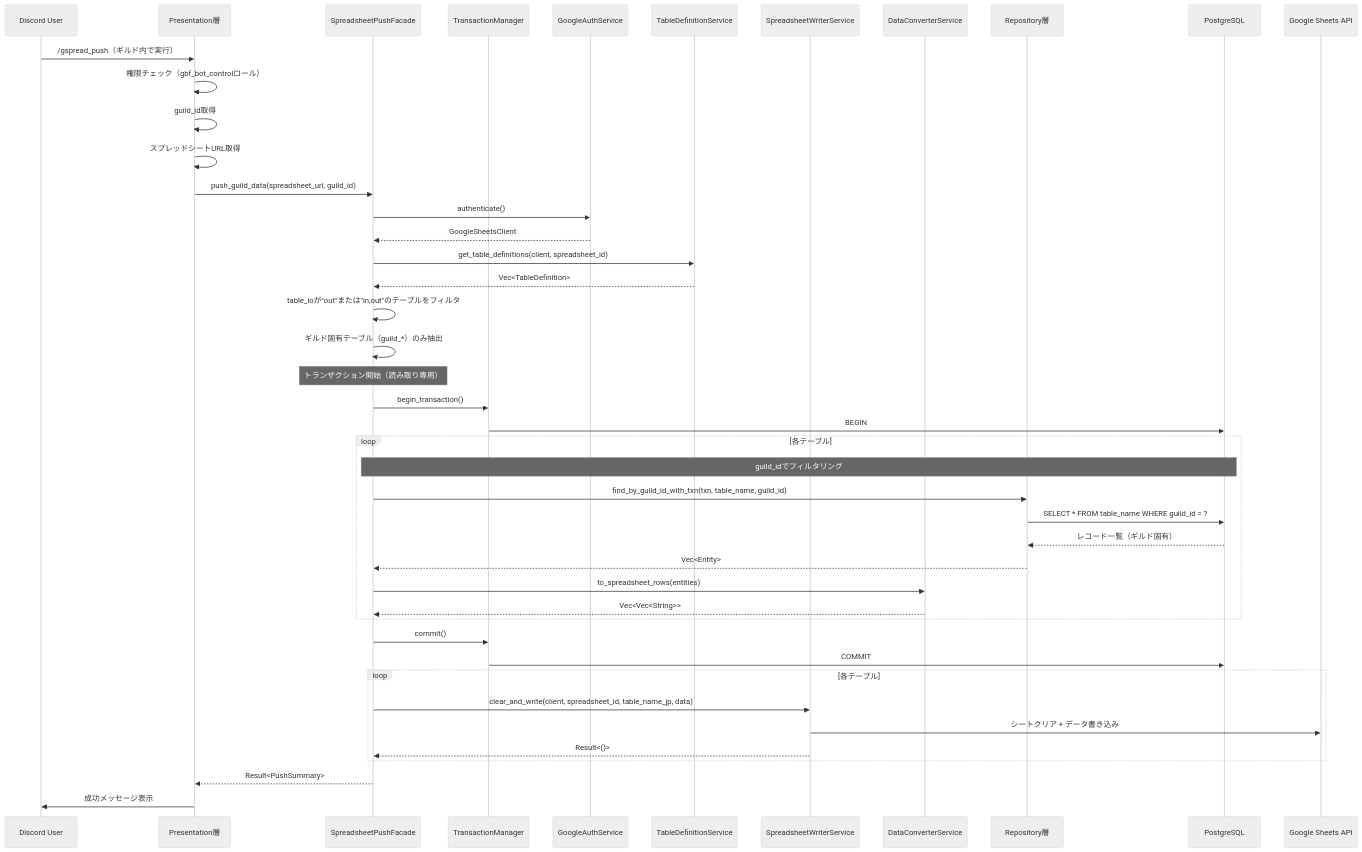
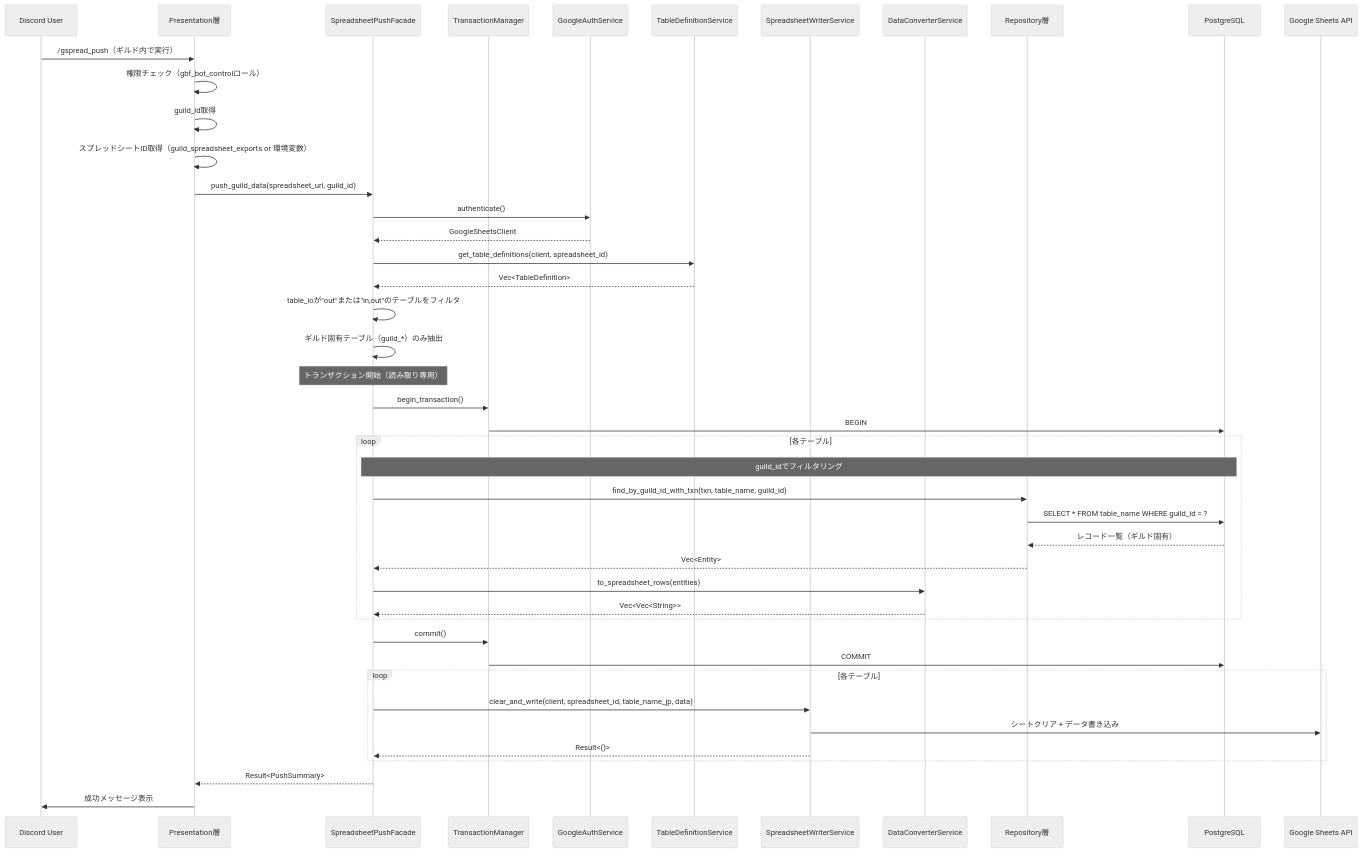
Before and after one commit to varubogu/gbf_discord_bot_rs: the fourth of 5 diagrams in docs/develop/architecture/spreadsheet/data_flow.md, drawn with Mermaid (neutral theme). The commit also changed other lines of this file and 5 other files, not shown here.

````diff
--- a/docs/develop/architecture/spreadsheet/data_flow.md
+++ b/docs/develop/architecture/spreadsheet/data_flow.md
@@ -480,56 +481,56 @@
 ```mermaid
 sequenceDiagram
     participant User as Discord User
     participant Event as Presentation層
     participant Facade as SpreadsheetPushFacade
     participant TxManager as TransactionManager
     participant AuthSvc as GoogleAuthService
     participant TableDefSvc as TableDefinitionService
     participant WriterSvc as SpreadsheetWriterService
     participant ConverterSvc as DataConverterService
     participant Repo as Repository層
     participant DB as PostgreSQL
     participant GSheetsAPI as Google Sheets API
 
     User->>Event: /gspread_push（ギルド内で実行）
     Event->>Event: 権限チェック（gbf_bot_controlロール）
     Event->>Event: guild_id取得
-    Event->>Event: スプレッドシートURL取得
+    Event->>Event: スプレッドシートID取得（guild_spreadsheet_exports or 環境変数）
     Event->>Facade: push_guild_data(spreadsheet_url, guild_id)
 
     Facade->>AuthSvc: authenticate()
     AuthSvc-->>Facade: GoogleSheetsClient
 
     Facade->>TableDefSvc: get_table_definitions(client, spreadsheet_id)
     TableDefSvc-->>Facade: Vec<TableDefinition>
 
     Facade->>Facade: table_ioが"out"または"in,out"のテーブルをフィルタ
     Facade->>Facade: ギルド固有テーブル（guild_*）のみ抽出
 
     Note over Facade: トランザクション開始（読み取り専用）
     Facade->>TxManager: begin_transaction()
     TxManager->>DB: BEGIN
 
     loop 各テーブル
         Note over Facade,DB: guild_idでフィルタリング
         Facade->>Repo: find_by_guild_id_with_txn(txn, table_name, guild_id)
         Repo->>DB: SELECT * FROM table_name WHERE guild_id = ?
         DB-->>Repo: レコード一覧（ギルド固有）
         Repo-->>Facade: Vec<Entity>
 
         Facade->>ConverterSvc: to_spreadsheet_rows(entities)
         ConverterSvc-->>Facade: Vec<Vec<String>>
     end
 
     Facade->>TxManager: commit()
     TxManager->>DB: COMMIT
 
     loop 各テーブル
         Facade->>WriterSvc: clear_and_write(client, spreadsheet_id, table_name_jp, data)
         WriterSvc->>GSheetsAPI: シートクリア + データ書き込み
         WriterSvc-->>Facade: Result<()>
     end
 
     Facade-->>Event: Result<PushSummary>
     Event->>User: 成功メッセージ表示
 ```
````
